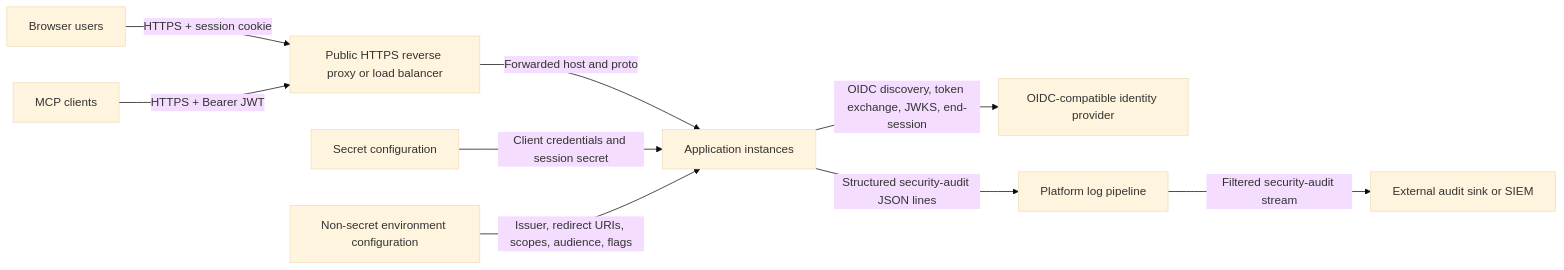
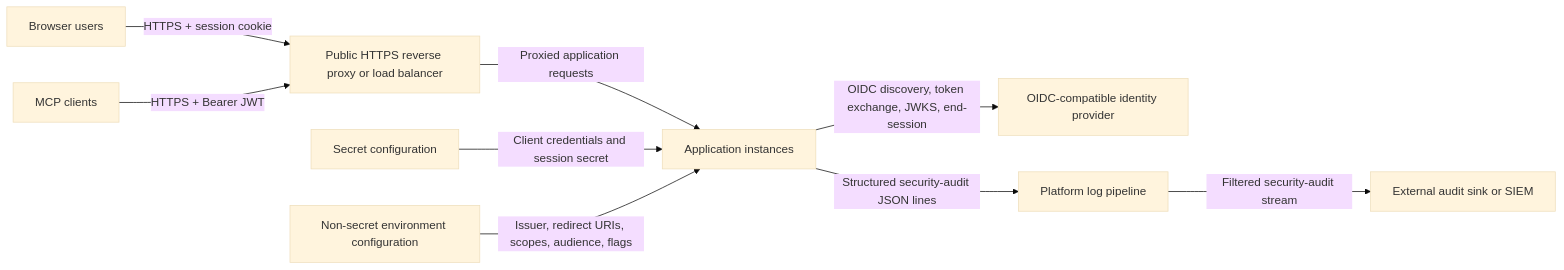
The diagram in docs/integrations/oidc-identity-provider-integration.md (johlju/Kravhantering), drawn with Mermaid (base theme) before and after one commit. The commit also changed other lines of this file and 76 other files, not shown here.

````diff
--- a/docs/integrations/oidc-identity-provider-integration.md
+++ b/docs/integrations/oidc-identity-provider-integration.md
@@ -47,21 +43,21 @@
 ```mermaid
 flowchart LR
     Browser[Browser users]
     MCP[MCP clients]
     Proxy[Public HTTPS reverse proxy or load balancer]
     App[Application instances]
     Secret[Secret configuration]
     Config[Non-secret environment configuration]
     IdP[OIDC-compatible identity provider]
     Logs[Platform log pipeline]
     Audit[External audit sink or SIEM]
 
     Browser -->|HTTPS + session cookie| Proxy
     MCP -->|HTTPS + Bearer JWT| Proxy
-    Proxy -->|Forwarded host and proto| App
+    Proxy -->|Proxied application requests| App
     Secret -->|Client credentials and session secret| App
     Config -->|Issuer, redirect URIs, scopes, audience, flags| App
     App -->|OIDC discovery, token exchange, JWKS, end-session| IdP
     App -->|Structured security-audit JSON lines| Logs
     Logs -->|Filtered security-audit stream| Audit
 ```
````
